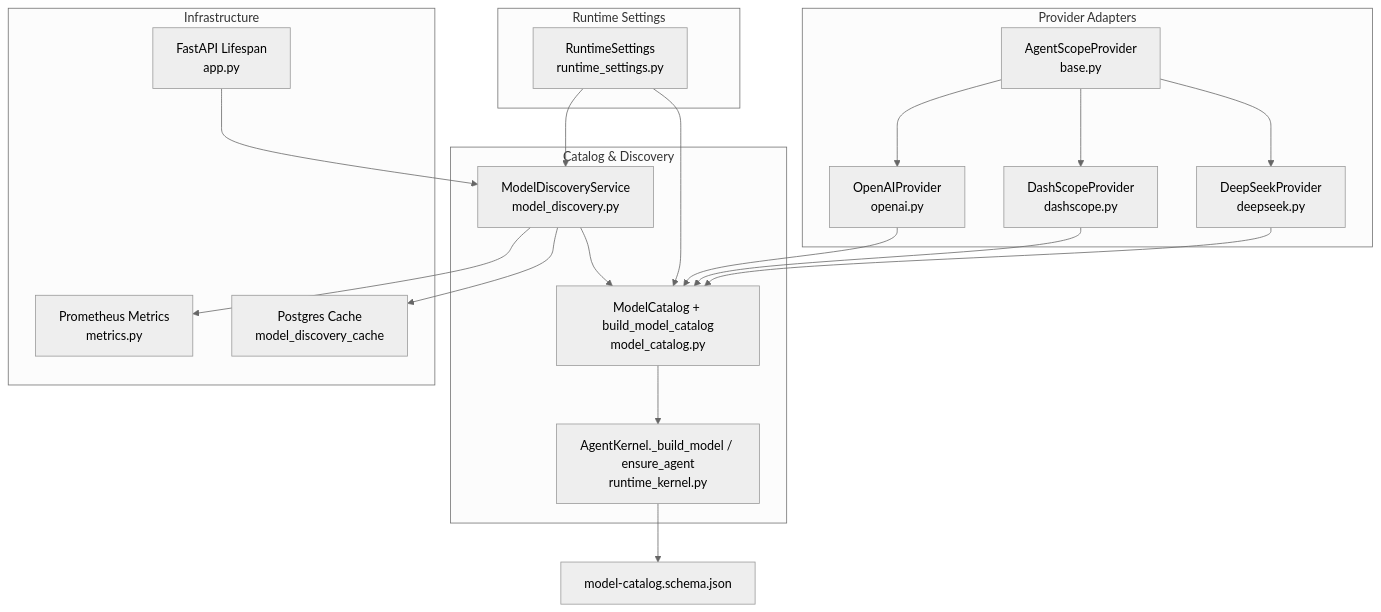
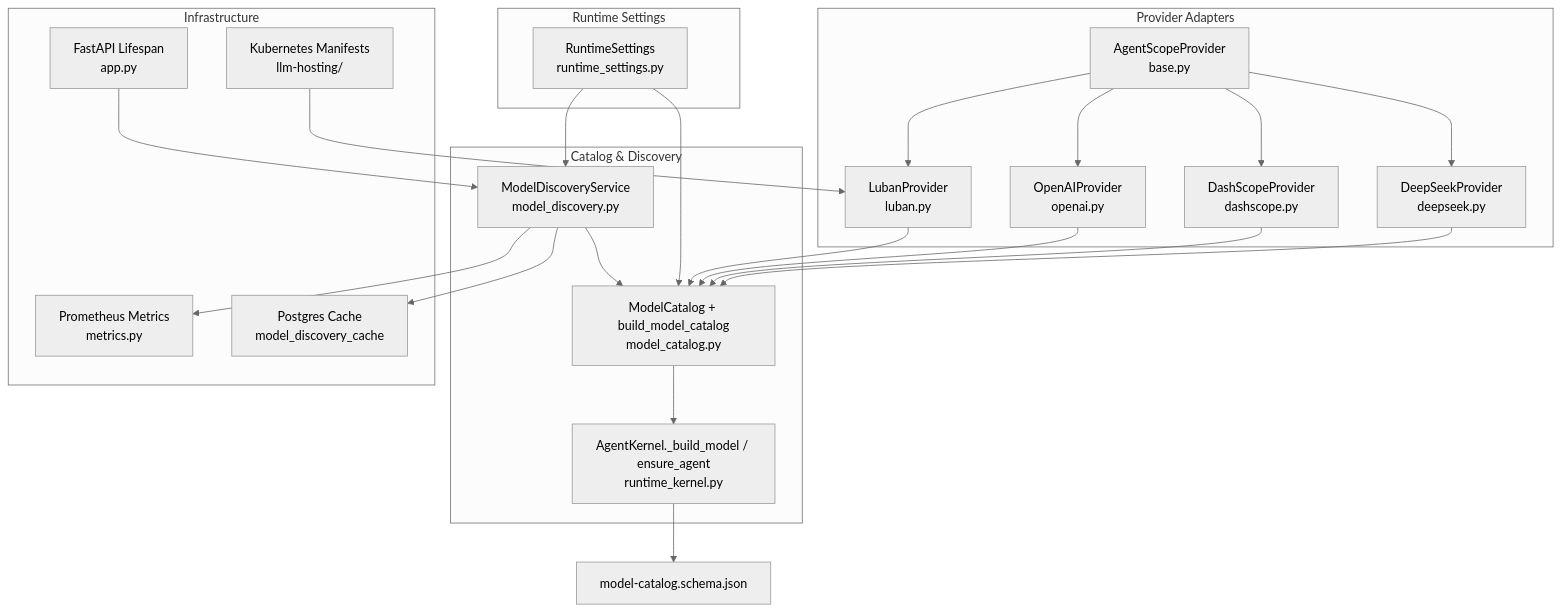
Before and after one commit to metasync/luban-aiops: the first of 9 diagrams in .qoder/repowiki/en/content/Architecture Documentation/SPEC-026_ Multi-Model Runtime Catalog.md, drawn with Mermaid (neutral theme). The commit also changed other lines of this file and 4 other files, not shown here.

Commit message:
docs: refresh repowiki for SPEC-028 luban runtime provider

````diff
--- a/.qoder/repowiki/en/content/Architecture Documentation/SPEC-026_ Multi-Model Runtime Catalog.md
+++ b/.qoder/repowiki/en/content/Architecture Documentation/SPEC-026_ Multi-Model Runtime Catalog.md
@@ -73,37 +87,42 @@
 ```mermaid
 graph TB
 subgraph "Provider Adapters"
 base["AgentScopeProvider<br/>base.py"]
 deepseek["DeepSeekProvider<br/>deepseek.py"]
 dashscope["DashScopeProvider<br/>dashscope.py"]
 openai["OpenAIProvider<br/>openai.py"]
+luban["LubanProvider<br/>luban.py"]
 end
 subgraph "Runtime Settings"
 settings["RuntimeSettings<br/>runtime_settings.py"]
 end
 subgraph "Catalog & Discovery"
 catalog["ModelCatalog + build_model_catalog<br/>model_catalog.py"]
 discovery["ModelDiscoveryService<br/>model_discovery.py"]
 kernel["AgentKernel._build_model / ensure_agent<br/>runtime_kernel.py"]
 end
 subgraph "Infrastructure"
 postgres["Postgres Cache<br/>model_discovery_cache"]
 metrics["Prometheus Metrics<br/>metrics.py"]
 lifespan["FastAPI Lifespan<br/>app.py"]
+k8s["Kubernetes Manifests<br/>llm-hosting/"]
 end
 schema["model-catalog.schema.json"]
 base --> deepseek
 base --> dashscope
 base --> openai
+base --> luban
 settings --> catalog
 settings --> discovery
 deepseek --> catalog
 dashscope --> catalog
 openai --> catalog
+luban --> catalog
 discovery --> catalog
 lifespan --> discovery
 discovery --> postgres
 discovery --> metrics
 catalog --> kernel
 kernel --> schema
+k8s --> luban
 ```
````
